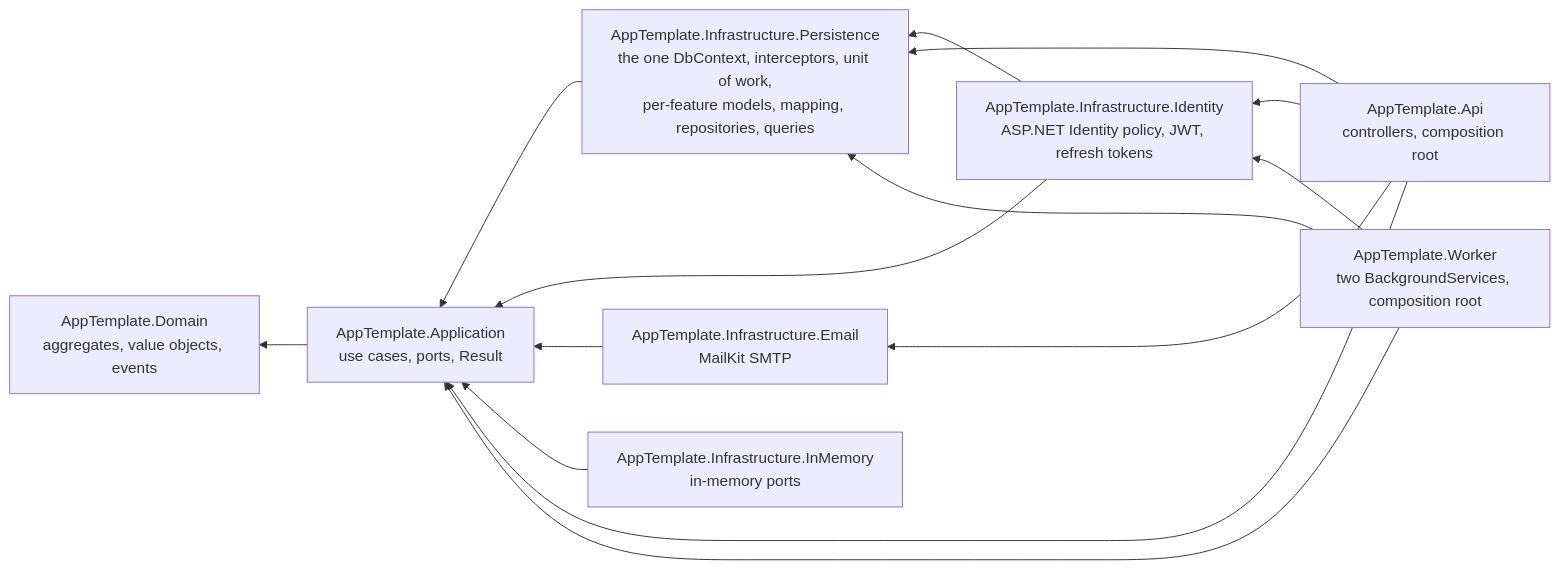
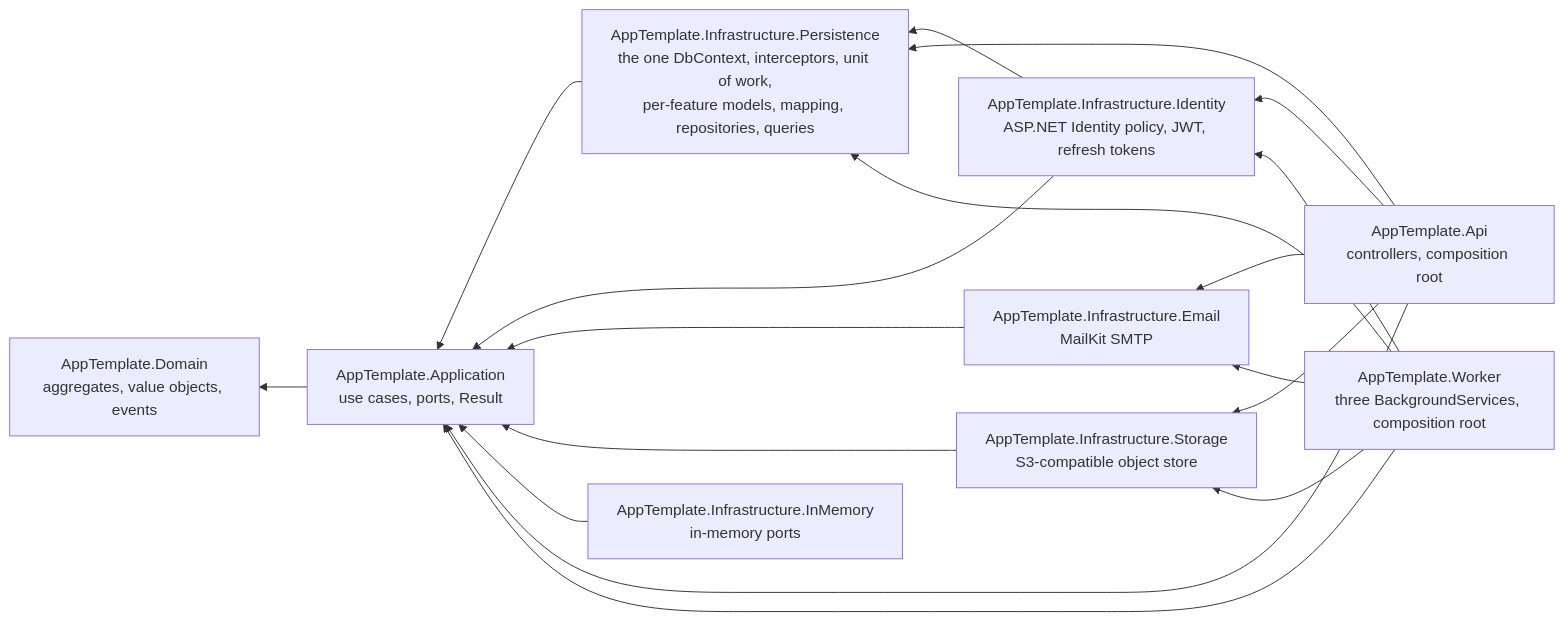
One commit to Pierre-MarieMarchio/Template-DotNet_Clean_Architecture changed the diagram in docs/ARCHITECTURE.md. Above: the diagram before and after it, drawn with Mermaid. The commit also changed other lines of this file and 287 other files, not shown here.

````diff
--- a/docs/ARCHITECTURE.md
+++ b/docs/ARCHITECTURE.md
@@ -24,25 +24,30 @@
 ```mermaid
 graph RL
     Api[AppTemplate.Api<br/>controllers, composition root]
-    Worker[AppTemplate.Worker<br/>two BackgroundServices, composition root]
+    Worker[AppTemplate.Worker<br/>three BackgroundServices, composition root]
     Ident[AppTemplate.Infrastructure.Identity<br/>ASP.NET Identity policy, JWT, refresh tokens]
     Mail[AppTemplate.Infrastructure.Email<br/>MailKit SMTP]
+    Store[AppTemplate.Infrastructure.Storage<br/>S3-compatible object store]
     Mem[AppTemplate.Infrastructure.InMemory<br/>in-memory ports]
     Pers[AppTemplate.Infrastructure.Persistence<br/>the one DbContext, interceptors, unit of work,<br/>per-feature models, mapping, repositories, queries]
     App[AppTemplate.Application<br/>use cases, ports, Result]
     Dom[AppTemplate.Domain<br/>aggregates, value objects, events]
 
     App --> Dom
     Pers --> App
     Ident --> App
     Ident --> Pers
     Mail --> App
+    Store --> App
     Mem --> App
     Api --> App
     Api --> Pers
     Api --> Ident
     Api --> Mail
+    Api --> Store
     Worker --> App
     Worker --> Pers
     Worker --> Ident
+    Worker --> Mail
+    Worker --> Store
 ```
````
